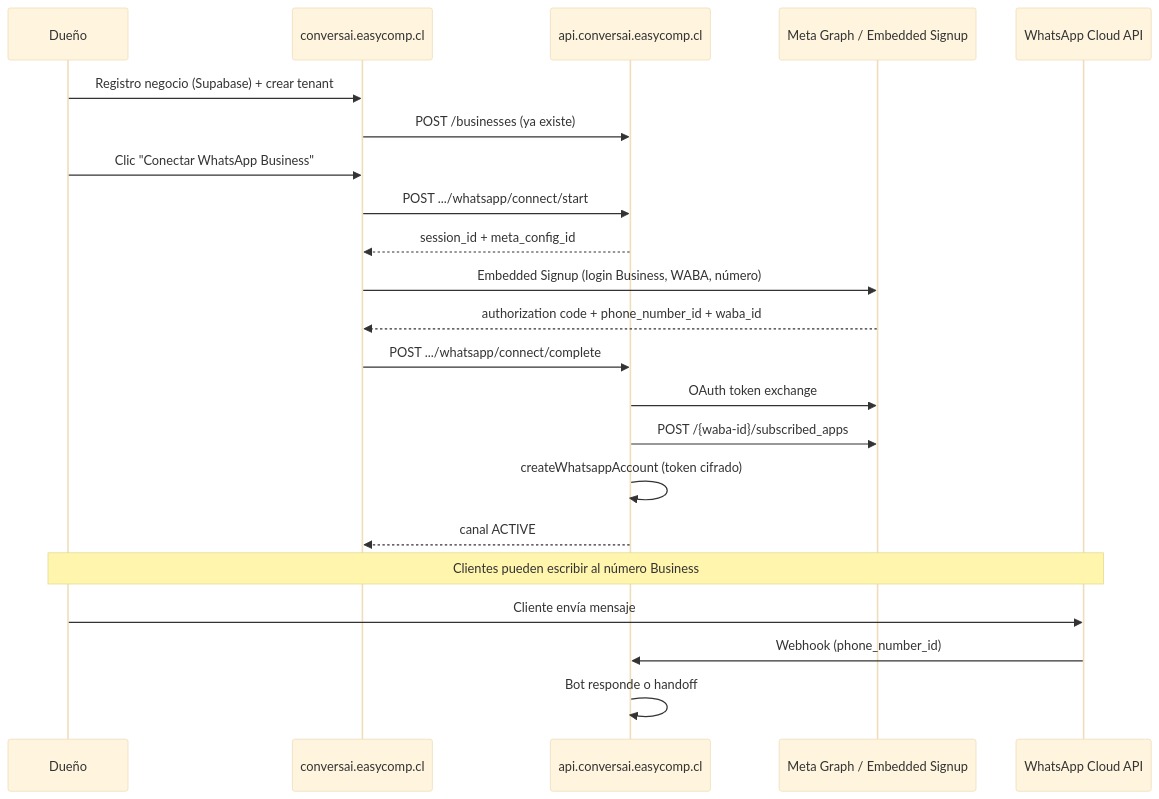
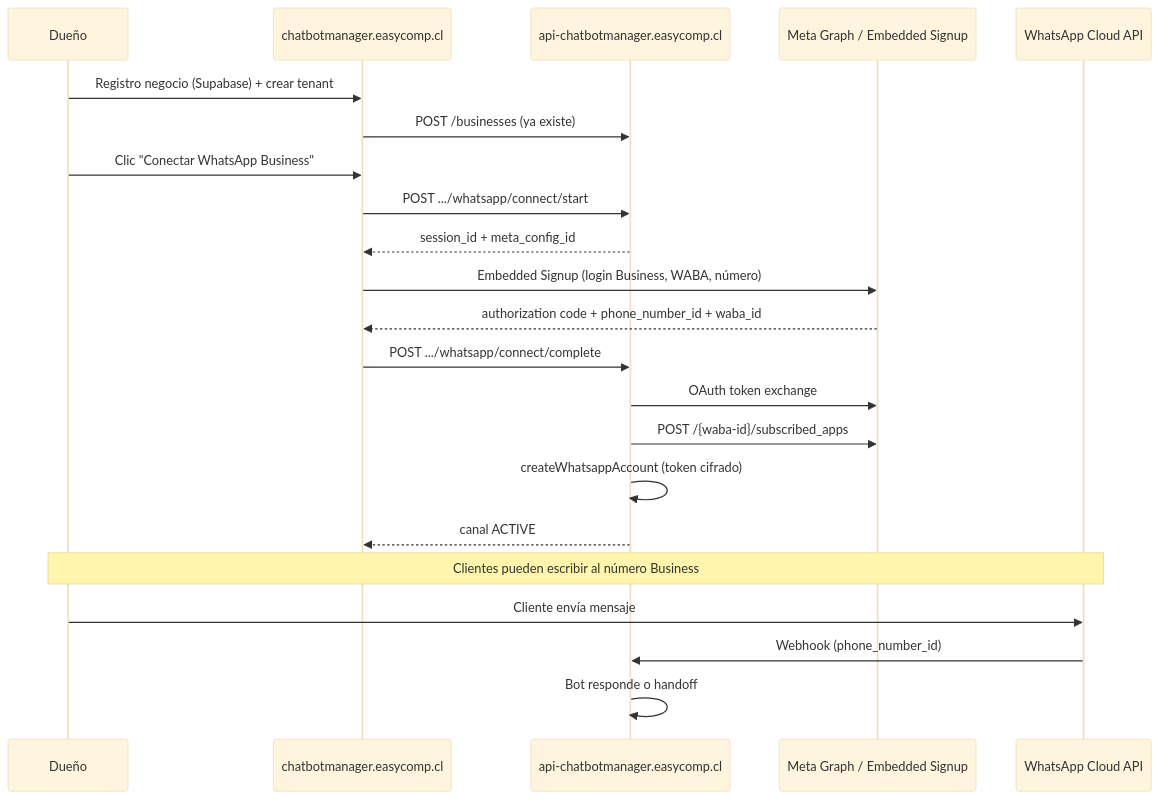
The diagram in docs/pending/02-embedded-signup-whatsapp-business.md (easycomp-cl/chat-whatsapp-ai), drawn with Mermaid (base theme) before and after one commit. The commit also changed other lines of this file and 31 other files, not shown here.

````diff
--- a/docs/pending/02-embedded-signup-whatsapp-business.md
+++ b/docs/pending/02-embedded-signup-whatsapp-business.md
@@ -78,25 +109,25 @@
 ```mermaid
 sequenceDiagram
     participant Dueño
-    participant UI as conversai.easycomp.cl
-    participant API as api.conversai.easycomp.cl
+    participant UI as chatbotmanager.easycomp.cl
+    participant API as api-chatbotmanager.easycomp.cl
     participant Meta as Meta Graph / Embedded Signup
     participant WA as WhatsApp Cloud API
 
     Dueño->>UI: Registro negocio (Supabase) + crear tenant
     UI->>API: POST /businesses (ya existe)
     Dueño->>UI: Clic "Conectar WhatsApp Business"
     UI->>API: POST .../whatsapp/connect/start
     API-->>UI: session_id + meta_config_id
     UI->>Meta: Embedded Signup (login Business, WABA, número)
     Meta-->>UI: authorization code + phone_number_id + waba_id
     UI->>API: POST .../whatsapp/connect/complete
     API->>Meta: OAuth token exchange
     API->>Meta: POST /{waba-id}/subscribed_apps
     API->>API: createWhatsappAccount (token cifrado)
     API-->>UI: canal ACTIVE
     Note over Dueño,WA: Clientes pueden escribir al número Business
     Dueño->>WA: Cliente envía mensaje
     WA->>API: Webhook (phone_number_id)
     API->>API: Bot responde o handoff
 ```
````
